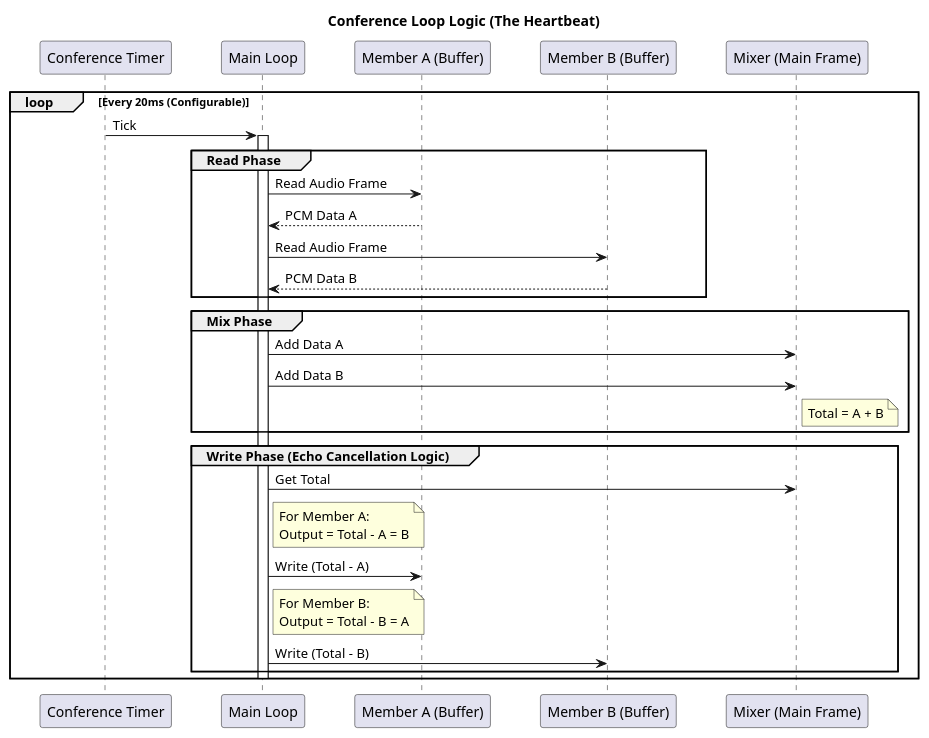
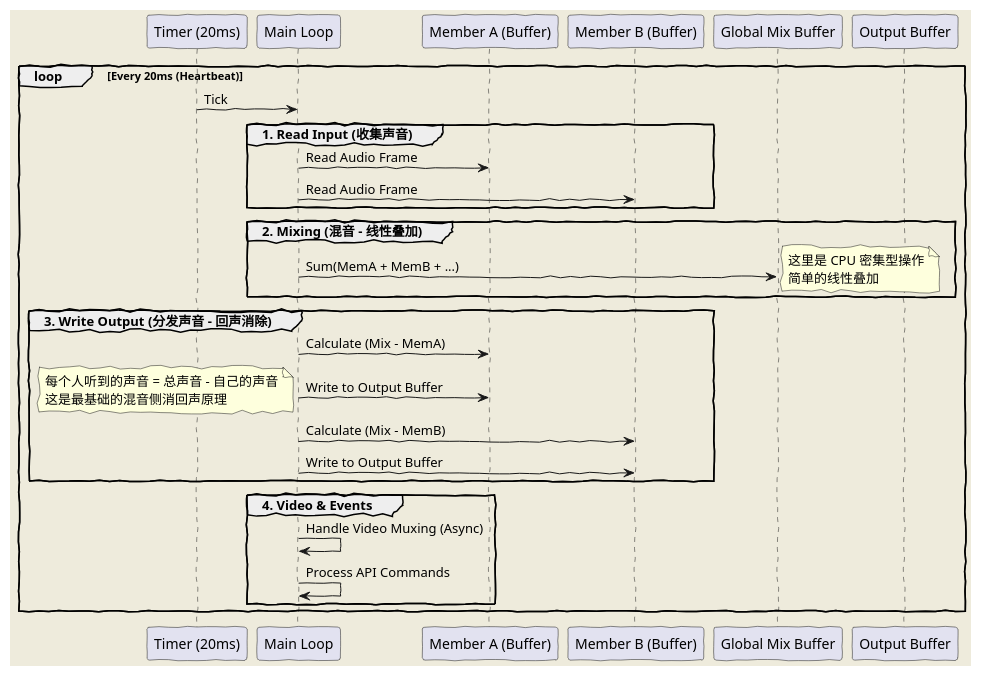
One commit to Atoms-Cat/freeswitch changed the diagram in document/draft/Conference Management.md. Above: the diagram before and after it, drawn with PlantUML. The commit also changed other lines of this file, not shown here.

````diff
--- a/document/draft/Conference Management.md
+++ b/document/draft/Conference Management.md
@@ -96,43 +33,41 @@
 ```plantuml
 @startuml
-title Conference Loop Logic (The Heartbeat)
-skinparam ParticipantPadding 20
-skinparam BoxPadding 10
+skinparam backgroundColor #EEEBDC
+skinparam handwritten true
 
-participant "Conference Timer" as Timer
+participant "Timer (20ms)" as Timer
 participant "Main Loop" as Loop
 participant "Member A (Buffer)" as MemA
 participant "Member B (Buffer)" as MemB
-participant "Mixer (Main Frame)" as Mixer
+participant "Global Mix Buffer" as Mix
+participant "Output Buffer" as Out
 
-loop Every 20ms (Configurable)
+loop Every 20ms (Heartbeat)
     Timer -> Loop: Tick
-    activate Loop
     
-    group Read Phase
+    group 1. Read Input (收集声音)
         Loop -> MemA: Read Audio Frame
-        MemA --> Loop: PCM Data A
         Loop -> MemB: Read Audio Frame
-        MemB --> Loop: PCM Data B
-    end
-
-    group Mix Phase
-        Loop -> Mixer: Add Data A
-        Loop -> Mixer: Add Data B
-        note right of Mixer: Total = A + B
-    end
-
-    group Write Phase (Echo Cancellation Logic)
-        Loop -> Mixer: Get Total
-        
-        note right of Loop: For Member A:\nOutput = Total - A = B
-        Loop -> MemA: Write (Total - A)
-        
-        note right of Loop: For Member B:\nOutput = Total - B = A
-        Loop -> MemB: Write (Total - B)
     end
     
-    deactivate Loop
+    group 2. Mixing (混音 - 线性叠加)
+        Loop -> Mix: Sum(MemA + MemB + ...)
+        note right: 这里是 CPU 密集型操作\n简单的线性叠加
+    end
+    
+    group 3. Write Output (分发声音 - 回声消除)
+        Loop -> MemA: Calculate (Mix - MemA)
+        Loop -> MemA: Write to Output Buffer
+        note left: 每个人听到的声音 = 总声音 - 自己的声音\n这是最基础的混音侧消回声原理
+        
+        Loop -> MemB: Calculate (Mix - MemB)
+        Loop -> MemB: Write to Output Buffer
+    end
+    
+    group 4. Video & Events
+        Loop -> Loop: Handle Video Muxing (Async)
+        Loop -> Loop: Process API Commands
+    end
 end
 @enduml
 ```
````
